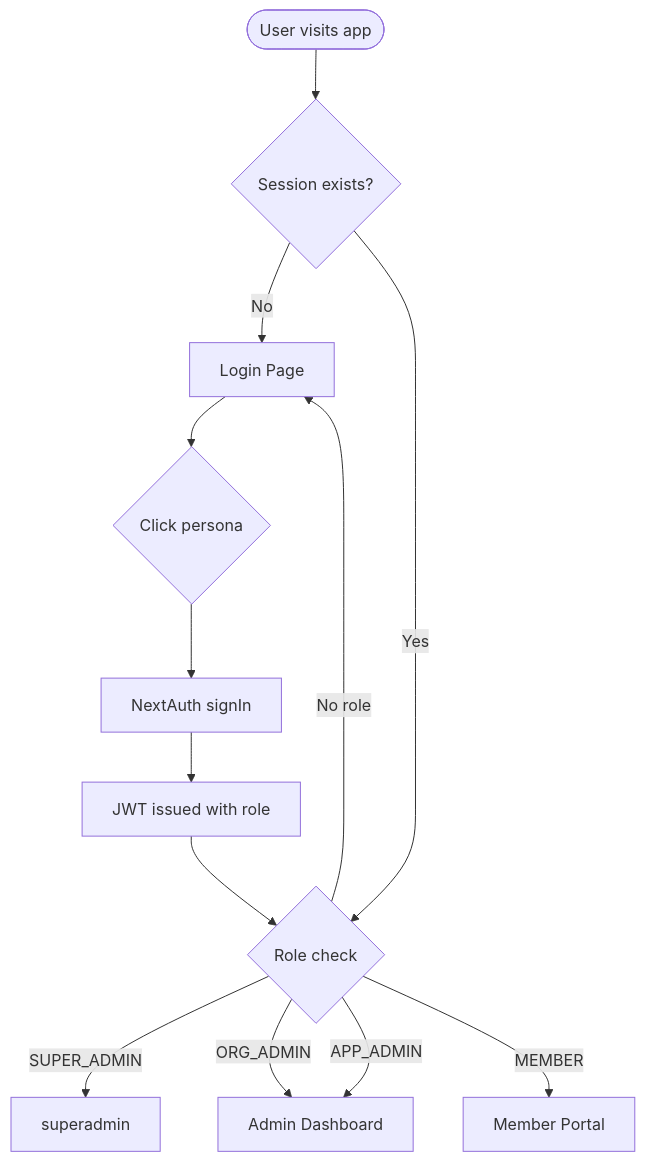
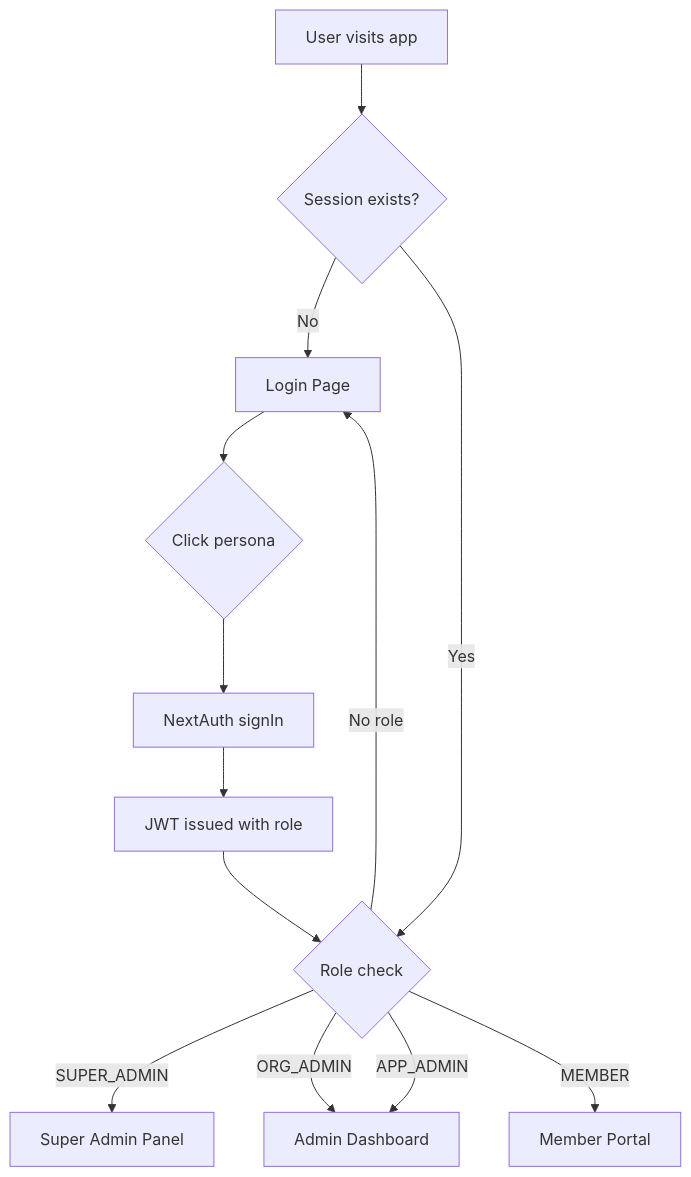
Before and after one commit to awakenedarpit/skillsforge: the first of 8 diagrams in README.md, drawn with Mermaid. The commit also changed other lines of this file, not shown here.

Commit message:
fix: sanitize Mermaid diagrams syntax and clean ER diagram relationships

````diff
--- a/README.md
+++ b/README.md
@@ -120,15 +120,15 @@
 ```mermaid
 flowchart TD
-    A([User visits app]) --> B{Session exists?}
+    A["User visits app"] --> B{"Session exists?"}
     B -- No --> C["Login Page"]
-    C --> D{Click persona}
-    D --> E[NextAuth signIn]
-    E --> F[JWT issued with role]
-    F --> G{Role check}
+    C --> D{"Click persona"}
+    D --> E["NextAuth signIn"]
+    E --> F["JWT issued with role"]
+    F --> G{"Role check"}
     B -- Yes --> G
-    G -- SUPER_ADMIN --> H["superadmin"]
+    G -- SUPER_ADMIN --> H["Super Admin Panel"]
     G -- ORG_ADMIN --> I["Admin Dashboard"]
     G -- APP_ADMIN --> I
     G -- MEMBER --> J["Member Portal"]
     G -- No role --> C
 ```
````
